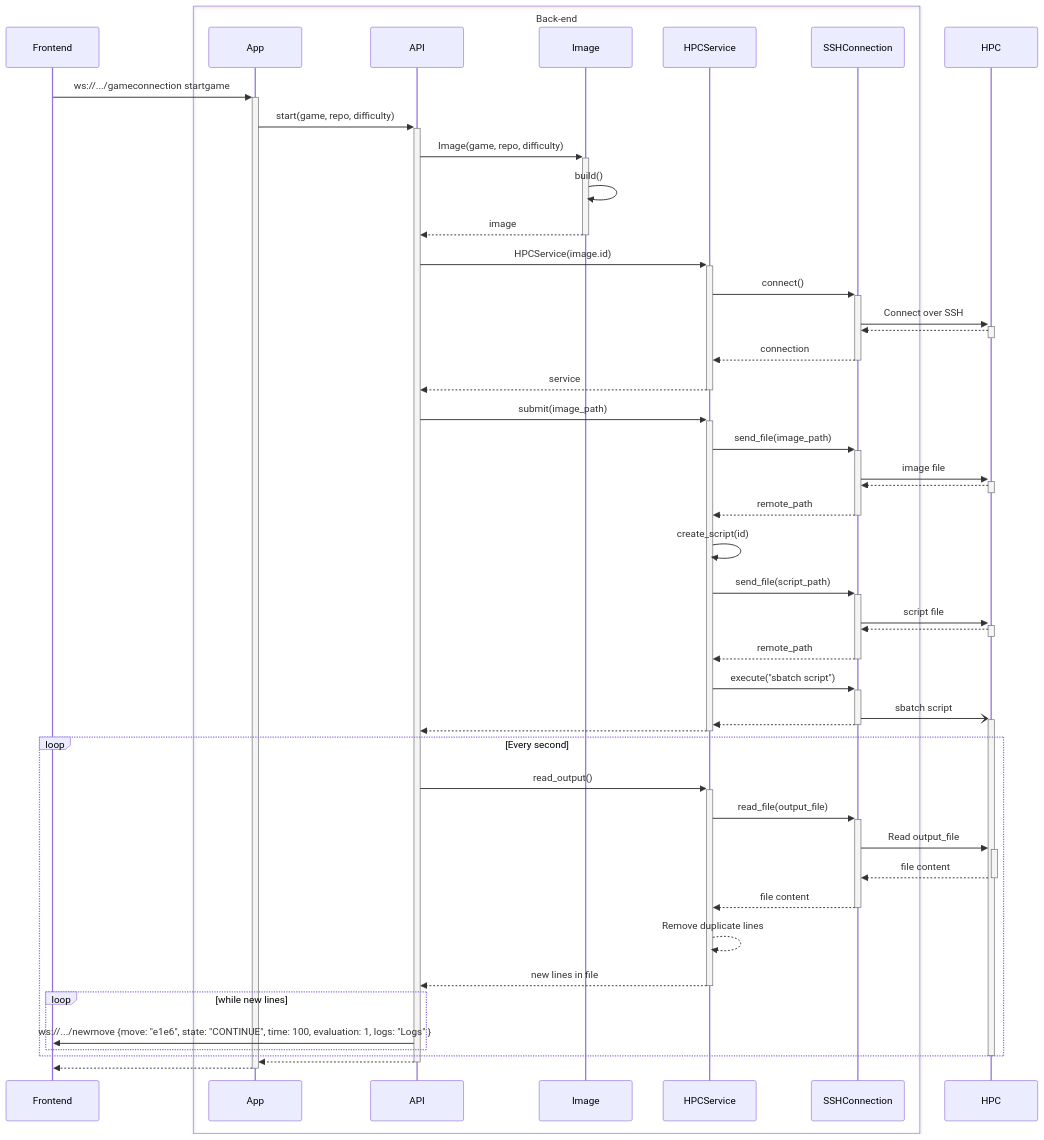
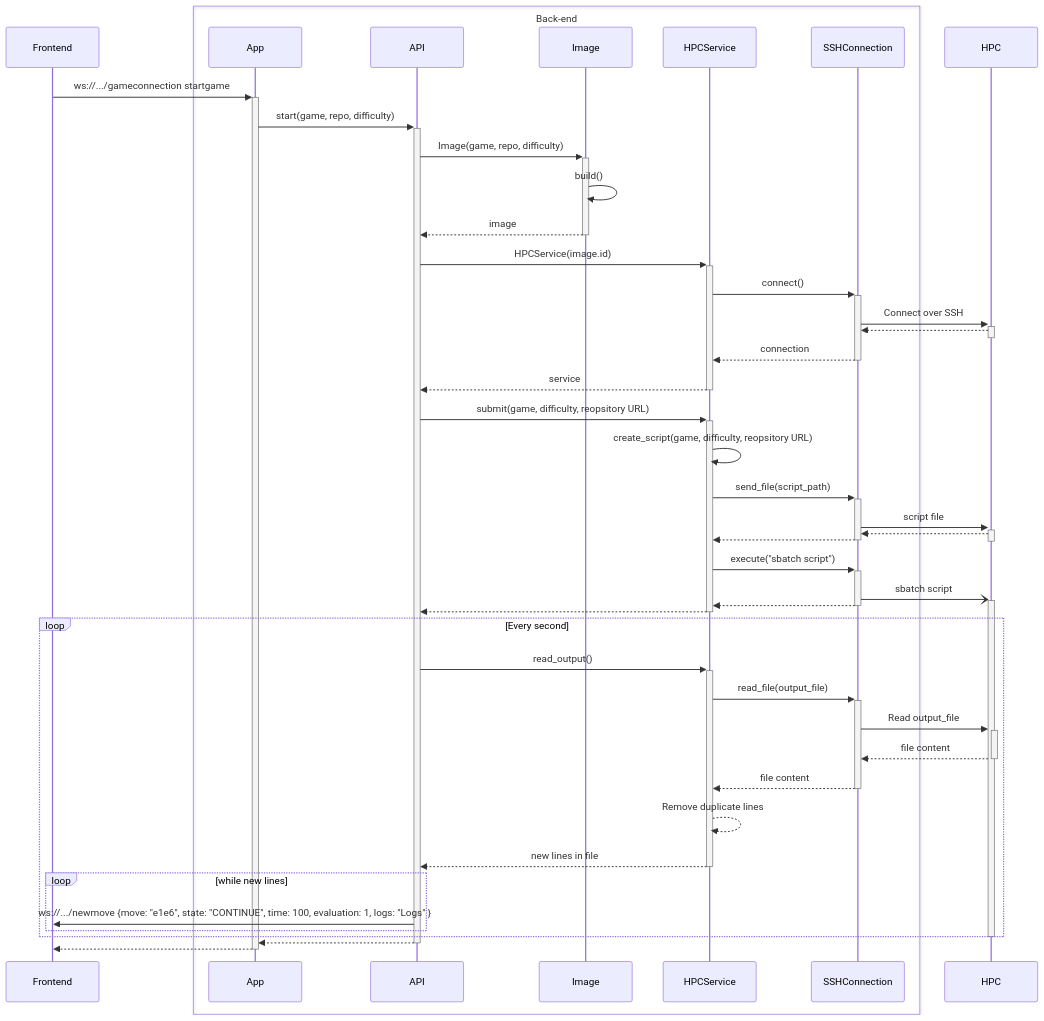
The first of 3 diagrams in docs/architecture.md (game-ai-platform-team/tira-ai-platform), drawn with Mermaid before and after one commit. The commit also changed other lines of this file, not shown here.

````diff
--- a/docs/architecture.md
+++ b/docs/architecture.md
@@ -7,67 +7,63 @@
 ```mermaid
 sequenceDiagram
 
 participant Frontend
 
 box Back-end
     participant App
     participant API
     participant Image
     participant HPCService
     participant SSHConnection
 end
 
 Frontend ->>+ App: ws://.../gameconnection startgame
 
 App ->>+ API: start(game, repo, difficulty)
 API ->>+ Image: Image(game, repo, difficulty)
     Image ->> Image: build()
 Image -->>- API: image
 
 API ->>+ HPCService: HPCService(image.id)
     HPCService ->>+ SSHConnection: connect()
     SSHConnection ->>+ HPC: Connect over SSH
     HPC -->>- SSHConnection: 
     SSHConnection -->>- HPCService: connection
 HPCService -->>- API: service
 
-API ->>+ HPCService: submit(image_path)
-    HPCService ->>+ SSHConnection: send_file(image_path)
-        SSHConnection ->>+ HPC: image file
-        HPC -->>- SSHConnection: 
-    SSHConnection -->>- HPCService: remote_path
+API ->>+ HPCService: submit(game, difficulty, reopsitory URL)
 
-    HPCService ->> HPCService: create_script(id)
+    HPCService ->> HPCService: create_script(game, difficulty, reopsitory URL)
 
     HPCService ->>+ SSHConnection: send_file(script_path)
         SSHConnection ->>+ HPC: script file
         HPC -->>- SSHConnection: 
-    SSHConnection -->>- HPCService: remote_path
+    SSHConnection -->>- HPCService: 
 
     HPCService ->>+ SSHConnection: execute("sbatch script")
         SSHConnection -)+ HPC: sbatch script
         
     SSHConnection -->>- HPCService: 
 HPCService -->>- API: 
 
 loop Every second
     API ->>+ HPCService: read_output()
         HPCService ->>+ SSHConnection: read_file(output_file)
         SSHConnection ->>+ HPC: Read output_file
         HPC -->>- SSHConnection: file content
         SSHConnection -->>- HPCService: file content
 
         HPCService -->> HPCService: Remove duplicate lines
 
     HPCService -->>- API: new lines in file
 
     loop while new lines
         API ->> Frontend: ws://.../newmove {move: "e1e6", state: "CONTINUE", time: 100, evaluation: 1, logs: "Logs" }
     end
 end
 
 deactivate HPC
 
 API -->>- App: 
 App -->>- Frontend: 
 ```
````
